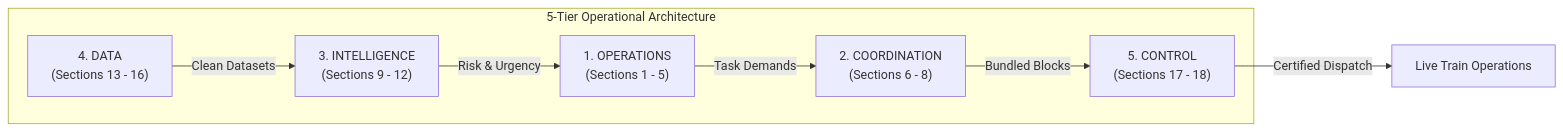
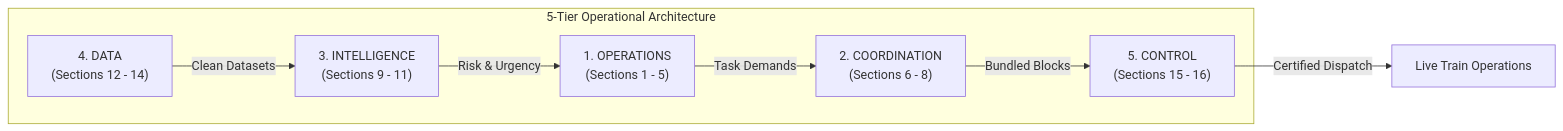
Before and after one commit to sushmitasingh008aug-lgtm/Railway_Project-final-: the first of 2 diagrams in README.md, drawn with Mermaid. The commit also changed other lines of this file, not shown here.

````diff
--- a/README.md
+++ b/README.md
@@ -101,16 +101,16 @@
 ```mermaid
 graph LR
     subgraph "5-Tier Operational Architecture"
         T1["1. OPERATIONS<br/>(Sections 1 - 5)"]
         T2["2. COORDINATION<br/>(Sections 6 - 8)"]
-        T3["3. INTELLIGENCE<br/>(Sections 9 - 12)"]
-        T4["4. DATA<br/>(Sections 13 - 16)"]
-        T5["5. CONTROL<br/>(Sections 17 - 18)"]
+        T3["3. INTELLIGENCE<br/>(Sections 9 - 11)"]
+        T4["4. DATA<br/>(Sections 12 - 14)"]
+        T5["5. CONTROL<br/>(Sections 15 - 16)"]
     end
 
     T4 -->|Clean Datasets| T3
     T3 -->|Risk & Urgency| T1
     T1 -->|Task Demands| T2
     T2 -->|Bundled Blocks| T5
     T5 -->|Certified Dispatch| RealWorld["Live Train Operations"]
 ```
````
